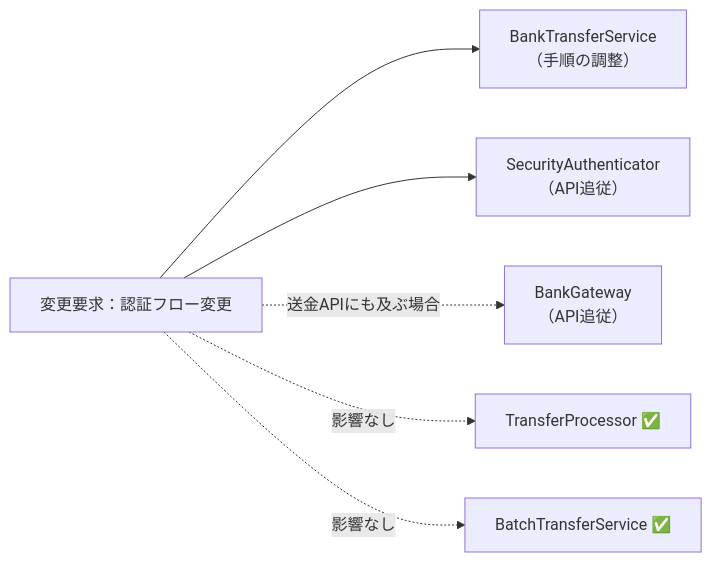
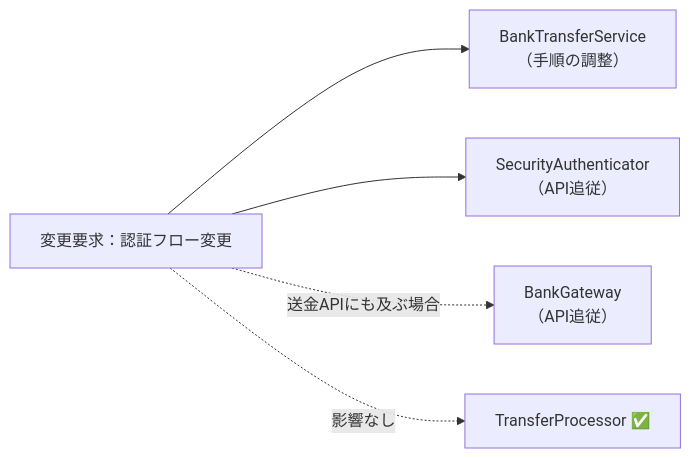
The fourth of 5 diagrams in kindle/design-patterns/output/chapter02.md (kumachan1101-pixel/DesignPattern), drawn with Mermaid before and after one commit. The commit also changed other lines of this file and 4 other files, not shown here.

````diff
--- a/kindle/design-patterns/output/chapter02.md
+++ b/kindle/design-patterns/output/chapter02.md
@@ -1066,8 +1024,7 @@
 ```mermaid
 graph LR
     T1["変更要求：認証フロー変更"] --> F1["BankTransferService<br>（手順の調整）"]
     T1 --> S1["SecurityAuthenticator<br>（API追従）"]
     T1 -. "送金APIにも及ぶ場合" .-> S2["BankGateway<br>（API追従）"]
     T1 -. "影響なし" .-> A["TransferProcessor ✅"]
-    T1 -. "影響なし" .-> B["BatchTransferService ✅"]
 ```
````
